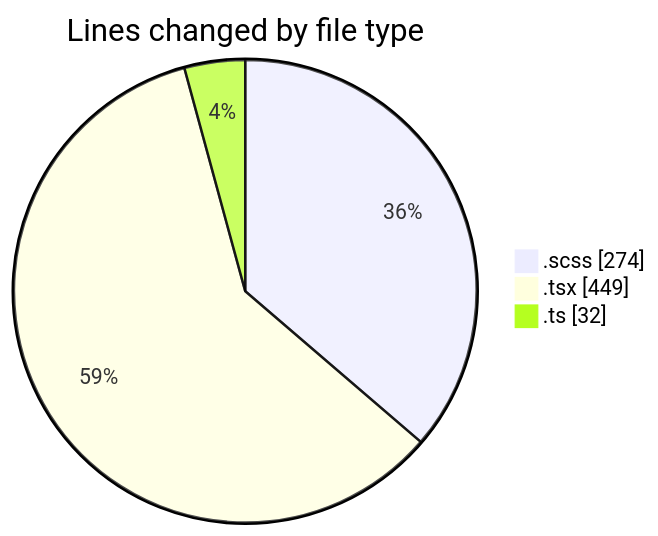
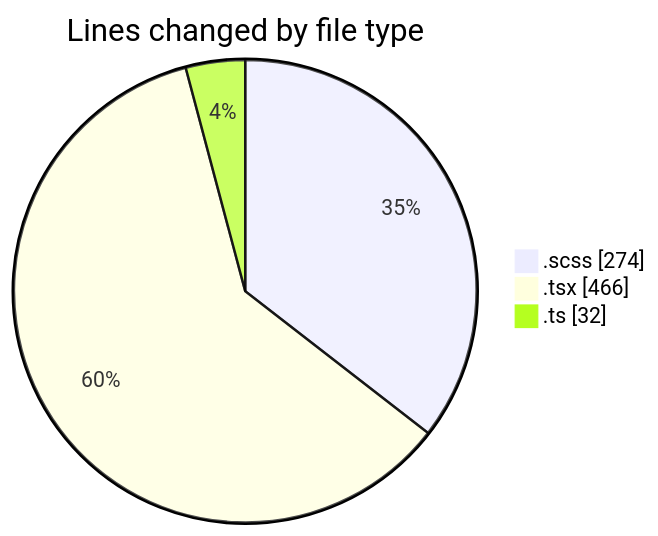
One commit to momahboobian/code-tracking changed the first of 2 diagrams in 2025-03-04/cda/README.md. Above: the diagram before and after it, drawn with Mermaid. The commit also changed other lines of this file and 1 other file, not shown here.

````diff
--- a/2025-03-04/cda/README.md
+++ b/2025-03-04/cda/README.md
@@ -25,7 +25,7 @@
 ```mermaid
 pie showData
 title Lines changed by file type
 ".scss" : 274
-".tsx" : 449
+".tsx" : 466
 ".ts" : 32
 ```
````
